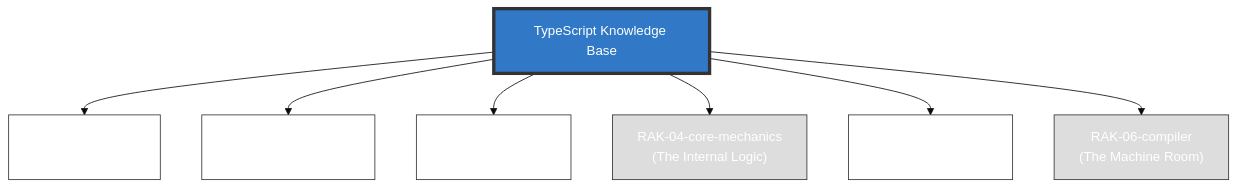
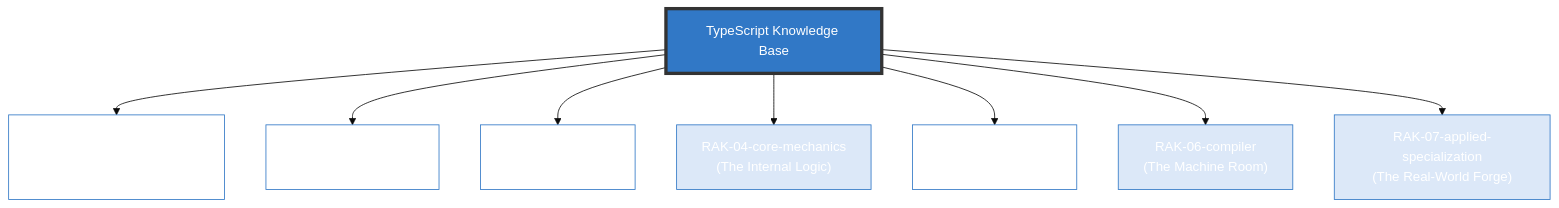
The diagram in README.md (syahputrawork98-sketch/typescript-knowledge-base), drawn with Mermaid before and after one commit. The commit also changed other lines of this file and 50 other files, not shown here.

````diff
--- a/README.md
+++ b/README.md
@@ -8,22 +8,24 @@
 ```mermaid
 %%{init: {'theme': 'base', 'themeVariables': { 'primaryColor': '#3178C6', 'primaryTextColor': '#FFF'}}}%%
 graph TD
     Root["TypeScript Knowledge Base"]
-    
-    RAK01["RAK-01-anatomy<br/>(The Landscape)"]
+
+    RAK01["RAK-01-anatomy-and-history<br/>(The Origin & Landscape)"]
     RAK02["RAK-02-foundation<br/>(The Standard Book)"]
     RAK03["RAK-03-evolution<br/>(History & Future)"]
     RAK04["RAK-04-core-mechanics<br/>(The Internal Logic)"]
     RAK05["RAK-05-ecosystem<br/>(The Environment)"]
     RAK06["RAK-06-compiler<br/>(The Machine Room)"]
-    
-    Root --> RAK01 & RAK02 & RAK03 & RAK04 & RAK05 & RAK06
-    
+    RAK07["RAK-07-applied-specialization<br/>(The Real-World Forge)"]
+
+    Root --> RAK01 & RAK02 & RAK03 & RAK04 & RAK05 & RAK06 & RAK07
+
     style Root fill:#3178C6,stroke:#333,stroke-width:4px,color:#FFF
-    style RAK01 fill:#fff,stroke:#333
-    style RAK02 fill:#fff,stroke:#333
-    style RAK03 fill:#fff,stroke:#333
-    style RAK04 fill:#ddd,stroke:#333
-    style RAK05 fill:#fff,stroke:#333
-    style RAK06 fill:#ddd,stroke:#333
+    style RAK01 fill:#fff,stroke:#3178C6
+    style RAK02 fill:#fff,stroke:#3178C6
+    style RAK03 fill:#fff,stroke:#3178C6
+    style RAK04 fill:#dce8f8,stroke:#3178C6
+    style RAK05 fill:#fff,stroke:#3178C6
+    style RAK06 fill:#dce8f8,stroke:#3178C6
+    style RAK07 fill:#dce8f8,stroke:#3178C6
 ```
````
